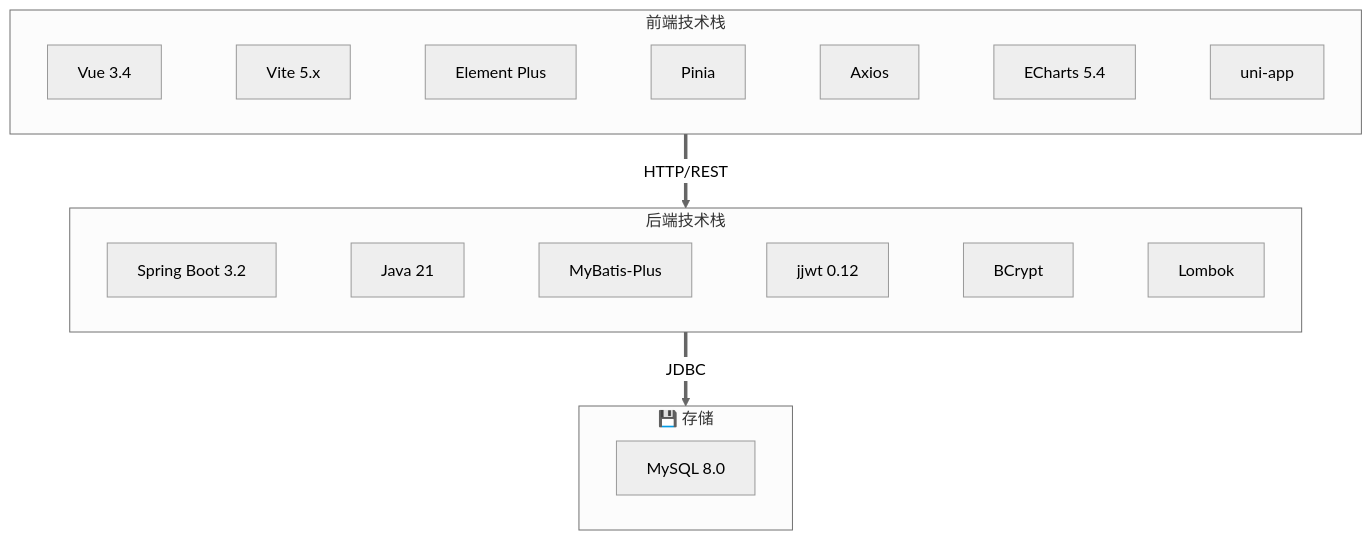
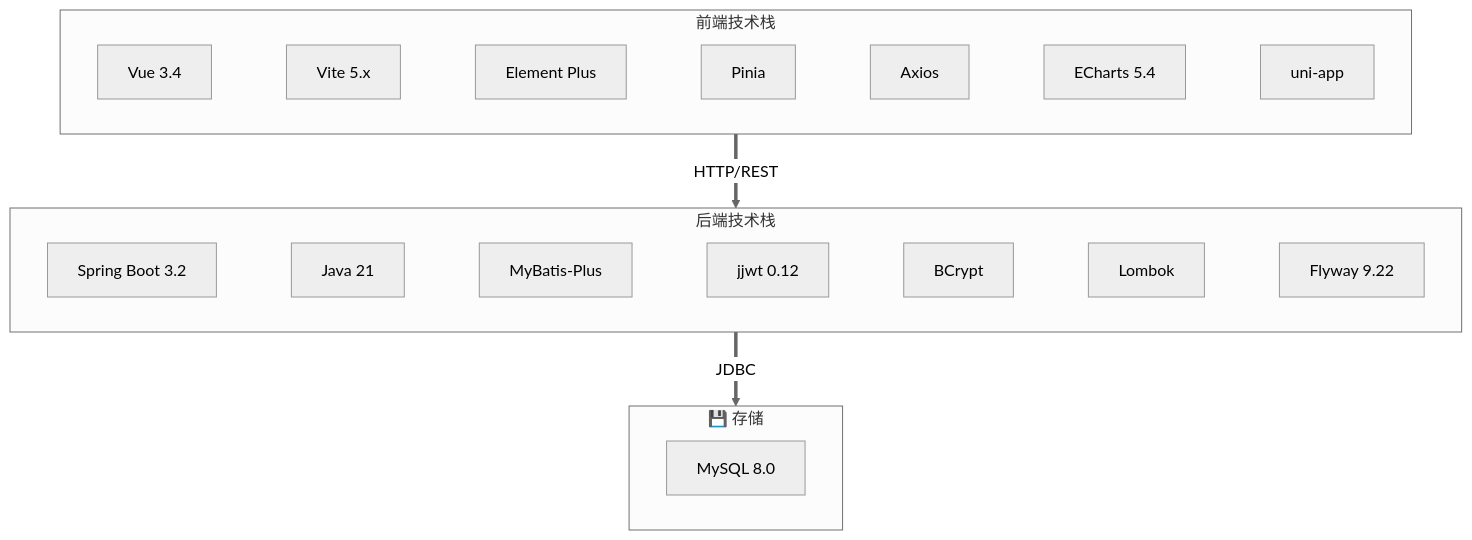
Before and after one commit to Shen-coderhorse/xiantao: the second of 11 diagrams in README.md, drawn with Mermaid (neutral theme). The commit also changed other lines of this file and 71 other files, not shown here.

````diff
--- a/README.md
+++ b/README.md
@@ -168,17 +180,17 @@
 ```mermaid
 flowchart TB
     subgraph Frontend[" 前端技术栈"]
         F1["Vue 3.4"] ~~~ F2["Vite 5.x"] ~~~ F3["Element Plus"] ~~~ F4["Pinia"] ~~~ F5["Axios"] ~~~ F6["ECharts 5.4"] ~~~ F7["uni-app"]
     end
 
     subgraph Backend[" 后端技术栈"]
-        B1["Spring Boot 3.2"] ~~~ B2["Java 21"] ~~~ B3["MyBatis-Plus"] ~~~ B4["jjwt 0.12"] ~~~ B5["BCrypt"] ~~~ B6["Lombok"]
+        B1["Spring Boot 3.2"] ~~~ B2["Java 21"] ~~~ B3["MyBatis-Plus"] ~~~ B4["jjwt 0.12"] ~~~ B5["BCrypt"] ~~~ B6["Lombok"] ~~~ B7["Flyway 9.22"]
     end
 
     subgraph Storage["💾 存储"]
         S1["MySQL 8.0"]
     end
 
     Frontend ==>|HTTP/REST| Backend
     Backend ==>|JDBC| Storage
 ```
````
